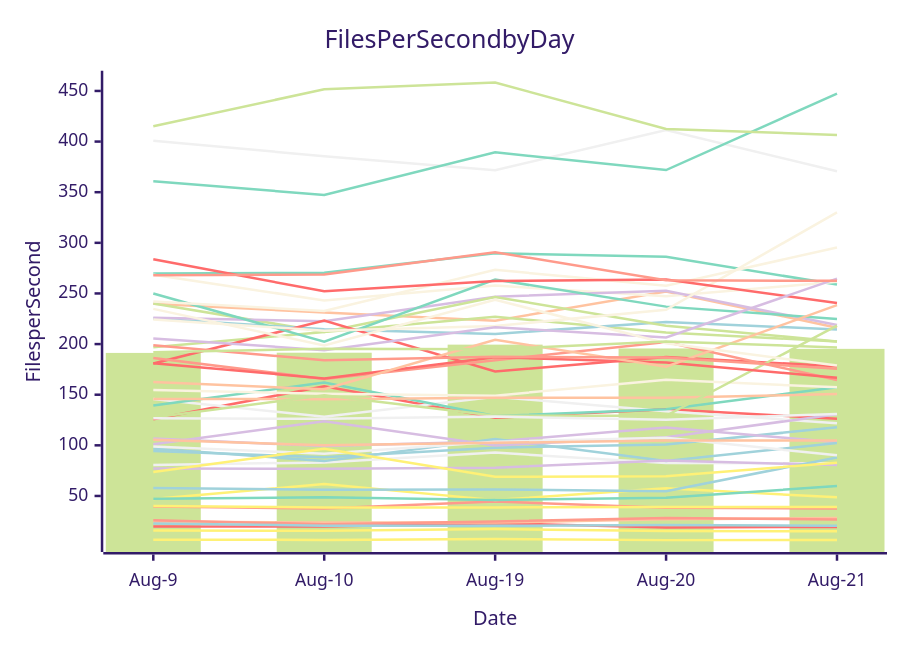
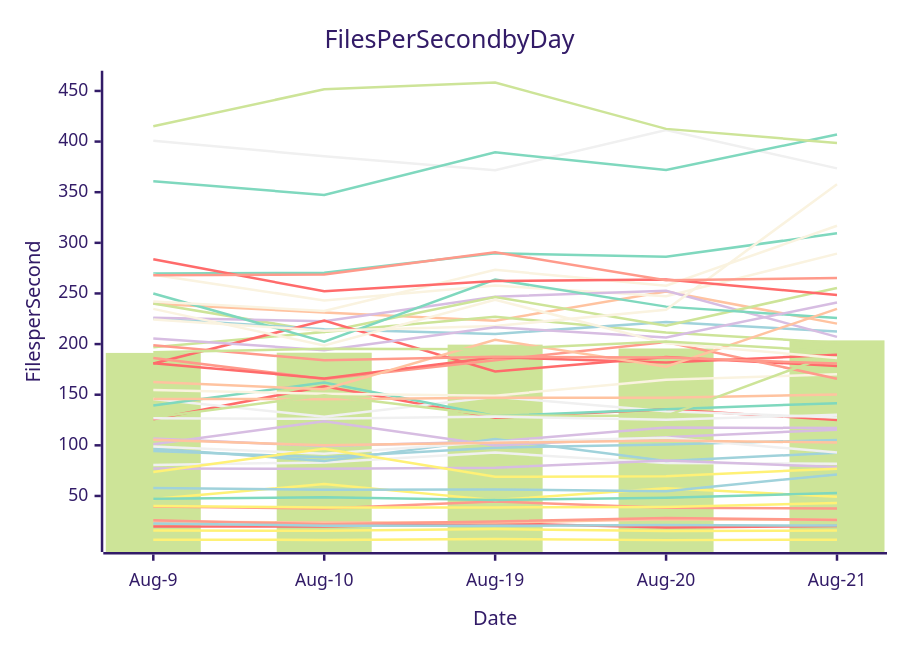
The diagram in perf-report.md (streetsidesoftware/cspell), drawn with Mermaid (forest theme) before and after one commit. The commit also changed other lines of this file and 2 other files, not shown here.

````diff
--- a/perf-report.md
+++ b/perf-report.md
@@ -11,57 +11,57 @@
 ```mermaid
 xychart-beta
     title Files Per Second by Day
     y-axis Files per Second
     x-axis Date [Aug-9, Aug-10, Aug-19, Aug-20, Aug-21]
-    bar [191.27, 191.48, 199.45, 195.67, 195.28]
-    line [19.76, 19.87, 23.15, 18.80, 19.44]
-    line [94.45, 88.13, 97.66, 100.71, 117.87]
-    line [106.66, 99.38, 103.80, 117.71, 103.06]
-    line [80.61, 83.15, 92.81, 82.44, 82.28]
-    line [239.79, 231.09, 223.10, 252.00, 216.10]
-    line [269.81, 270.47, 289.77, 286.14, 258.82]
-    line [39.52, 37.52, 44.46, 38.46, 37.55]
-    line [268.54, 243.09, 257.77, 247.18, 261.52]
-    line [6.78, 6.60, 7.51, 6.38, 6.46]
-    line [240.17, 211.99, 227.00, 211.38, 202.65]
-    line [125.68, 158.27, 127.25, 135.61, 126.31]
-    line [225.24, 214.74, 210.02, 221.88, 214.31]
-    line [225.91, 222.58, 246.74, 252.74, 218.76]
-    line [145.75, 128.32, 148.05, 133.76, 121.69]
-    line [24.65, 23.72, 23.68, 26.94, 28.23]
-    line [139.45, 161.93, 128.87, 135.71, 157.41]
-    line [25.95, 22.03, 24.86, 28.29, 26.71]
-    line [154.75, 150.93, 149.02, 164.86, 157.25]
-    line [15.80, 15.53, 17.25, 15.28, 15.17]
-    line [196.97, 211.99, 246.59, 218.10, 202.63]
-    line [180.75, 223.35, 172.94, 187.16, 178.01]
-    line [96.93, 84.41, 106.12, 84.61, 102.23]
-    line [77.16, 76.75, 77.91, 84.91, 80.55]
-    line [400.74, 385.62, 371.65, 411.46, 370.61]
-    line [145.79, 145.58, 147.10, 147.08, 150.58]
-    line [249.96, 202.34, 263.67, 236.99, 224.88]
-    line [186.27, 165.43, 184.07, 202.12, 164.56]
-    line [224.37, 213.27, 217.89, 233.79, 330.15]
-    line [47.00, 61.84, 45.89, 57.63, 48.63]
-    line [127.47, 149.55, 129.16, 129.10, 218.14]
-    line [181.18, 166.12, 186.93, 181.85, 166.73]
-    line [57.90, 56.15, 56.35, 54.76, 88.05]
-    line [101.07, 123.80, 99.87, 108.06, 130.68]
-    line [98.84, 91.76, 103.43, 107.49, 90.18]
-    line [162.48, 155.40, 204.32, 177.59, 238.45]
-    line [360.76, 347.31, 389.41, 371.89, 447.40]
-    line [198.91, 184.05, 187.41, 186.67, 175.57]
-    line [242.10, 232.62, 273.32, 257.69, 295.30]
-    line [73.60, 96.61, 68.89, 69.48, 82.76]
-    line [415.14, 451.69, 458.22, 412.53, 406.57]
-    line [283.77, 252.09, 262.36, 263.68, 240.51]
-    line [22.84, 20.59, 20.47, 21.22, 20.56]
-    line [205.56, 193.98, 216.67, 206.61, 264.70]
-    line [126.64, 126.17, 128.45, 125.27, 130.99]
-    line [105.46, 100.11, 102.43, 104.89, 104.87]
-    line [47.26, 48.66, 46.00, 48.26, 59.72]
-    line [268.09, 268.70, 290.78, 262.94, 262.44]
-    line [234.76, 198.61, 243.75, 200.90, 178.74]
-    line [39.98, 38.63, 38.64, 39.11, 39.12]
-    line [192.03, 195.48, 194.87, 202.54, 196.68]
+    bar [191.27, 191.48, 199.45, 195.67, 203.66]
+    line [19.76, 19.87, 23.15, 18.80, 20.30]
+    line [94.45, 88.13, 97.66, 100.71, 105.37]
+    line [106.66, 99.38, 103.80, 117.71, 117.03]
+    line [80.61, 83.15, 92.81, 82.44, 81.74]
+    line [239.79, 231.09, 223.10, 252.00, 220.22]
+    line [269.81, 270.47, 289.77, 286.14, 309.39]
+    line [39.52, 37.52, 44.46, 38.46, 37.66]
+    line [268.54, 243.09, 257.77, 247.18, 289.36]
+    line [6.78, 6.60, 7.51, 6.38, 6.78]
+    line [240.17, 211.99, 227.00, 211.38, 201.30]
+    line [125.68, 158.27, 127.25, 135.61, 125.00]
+    line [225.24, 214.74, 210.02, 221.88, 212.40]
+    line [225.91, 222.58, 246.74, 252.74, 207.13]
+    line [145.75, 128.32, 148.05, 133.76, 127.46]
+    line [24.65, 23.72, 23.68, 26.94, 26.39]
+    line [139.45, 161.93, 128.87, 135.71, 141.61]
+    line [25.95, 22.03, 24.86, 28.29, 26.30]
+    line [154.75, 150.93, 149.02, 164.86, 170.19]
+    line [15.80, 15.53, 17.25, 15.28, 15.93]
+    line [196.97, 211.99, 246.59, 218.10, 255.48]
+    line [180.75, 223.35, 172.94, 187.16, 178.45]
+    line [96.93, 84.41, 106.12, 84.61, 92.60]
+    line [77.16, 76.75, 77.91, 84.91, 78.56]
+    line [400.74, 385.62, 371.65, 411.46, 373.53]
+    line [145.79, 145.58, 147.10, 147.08, 150.14]
+    line [249.96, 202.34, 263.67, 236.99, 225.80]
+    line [186.27, 165.43, 184.07, 202.12, 165.77]
+    line [224.37, 213.27, 217.89, 233.79, 357.93]
+    line [47.00, 61.84, 45.89, 57.63, 49.23]
+    line [127.47, 149.55, 129.16, 129.10, 191.45]
+    line [181.18, 166.12, 186.93, 181.85, 189.35]
+    line [57.90, 56.15, 56.35, 54.76, 71.27]
+    line [101.07, 123.80, 99.87, 108.06, 115.44]
+    line [98.84, 91.76, 103.43, 107.49, 92.84]
+    line [162.48, 155.40, 204.32, 177.59, 234.82]
+    line [360.76, 347.31, 389.41, 371.89, 406.97]
+    line [198.91, 184.05, 187.41, 186.67, 180.76]
+    line [242.10, 232.62, 273.32, 257.69, 316.88]
+    line [73.60, 96.61, 68.89, 69.48, 76.97]
+    line [415.14, 451.69, 458.22, 412.53, 398.65]
+    line [283.77, 252.09, 262.36, 263.68, 248.47]
+    line [22.84, 20.59, 20.47, 21.22, 20.73]
+    line [205.56, 193.98, 216.67, 206.61, 241.09]
+    line [126.64, 126.17, 128.45, 125.27, 130.16]
+    line [105.46, 100.11, 102.43, 104.89, 102.74]
+    line [47.26, 48.66, 46.00, 48.26, 53.02]
+    line [268.09, 268.70, 290.78, 262.94, 265.27]
+    line [234.76, 198.61, 243.75, 200.90, 186.33]
+    line [39.98, 38.63, 38.64, 39.11, 42.97]
+    line [192.03, 195.48, 194.87, 202.54, 192.76]
 ```
````
